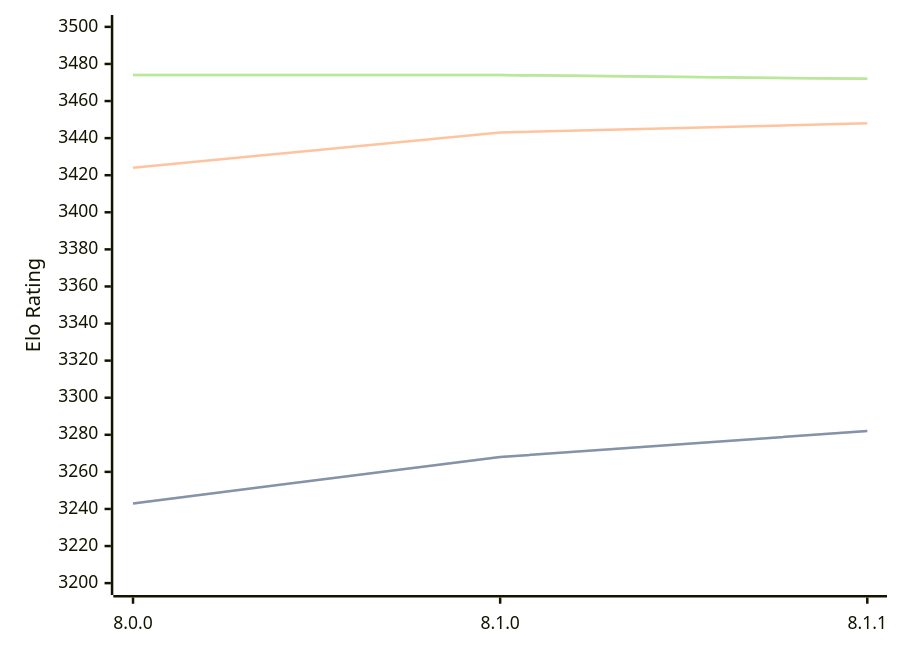
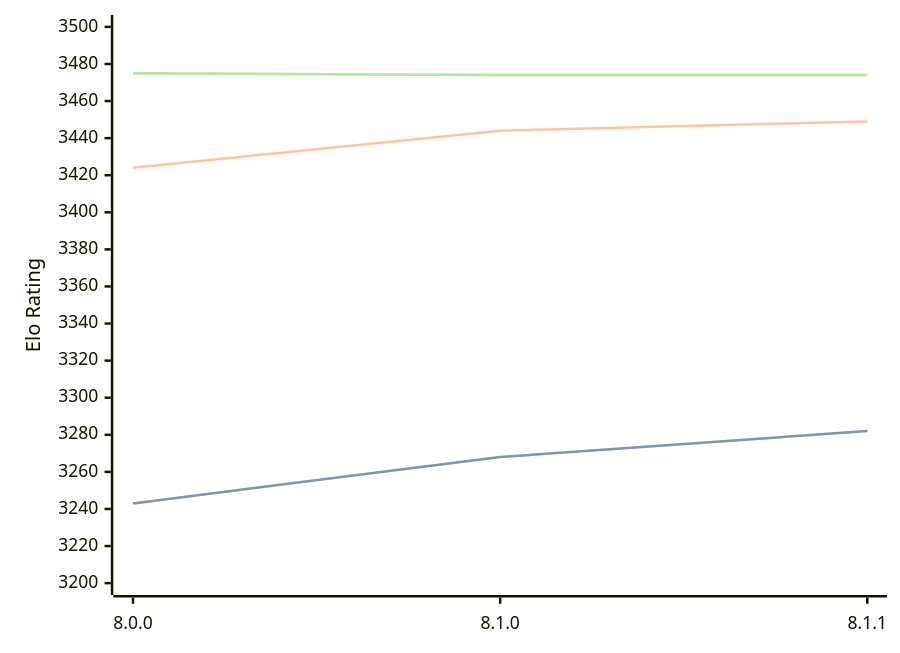
One commit to computer-chess-index/cci changed the diagram in engines/Velvet.md. Above: the diagram before and after it, drawn with Mermaid. The commit also changed other lines of this file, not shown here.

Commit message:
Update CCI Ratings (ELO VLTC) - 2026-09-02

````diff
--- a/engines/Velvet.md
+++ b/engines/Velvet.md
@@ -33,11 +33,11 @@
 ```mermaid
 %%{init: {"theme":"base","themeVariables":{"seriesColors:['#a3a3a3','#222221','#faa371']}}}%%
 xychart-beta
   x-axis ["8.0.0", "8.1.0", "8.1.1"]
   y-axis "Elo Rating" 3200 --> 3500
   line "" [3243, 3268, 3282]
   line "STC (8.0+0.08s)" [3243, 3268, 3282]
-  line "LTC (60.0+0.60s)" [3424, 3443, 3448]
-  line "" [3474, 3474, 3472]
-  line "VLTC (2m24s+1.12s)" [3474, 3474, 3472]
+  line "LTC (60.0+0.60s)" [3424, 3444, 3449]
+  line "" [3475, 3474, 3474]
+  line "VLTC (2m24s+1.12s)" [3475, 3474, 3474]
 ```
````
